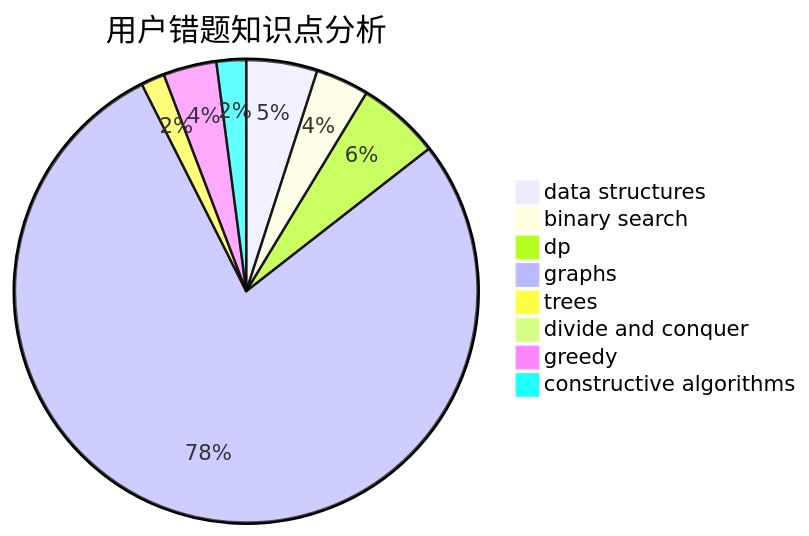
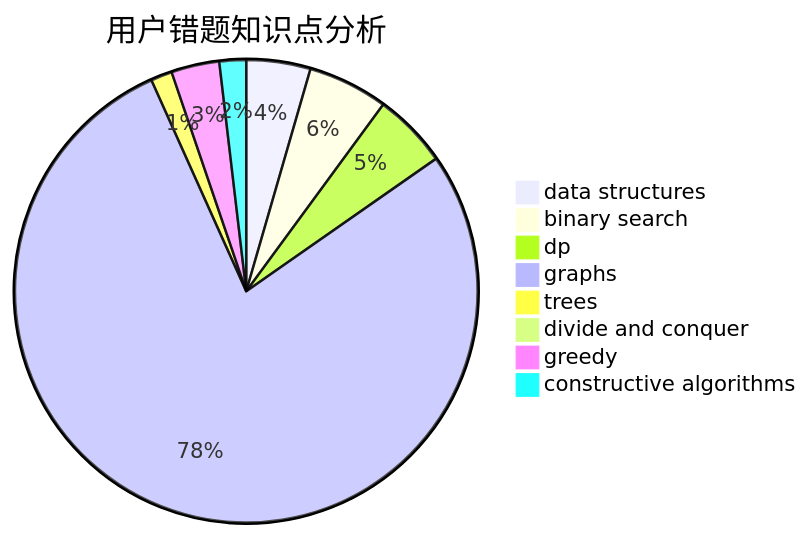
Before and after one commit to sherpahu/cfrs.github.io: the third of 3 diagrams in docs/user/u857.md, drawn with Mermaid. The commit also changed other lines of this file and 2770 other files, not shown here.

````diff
--- a/docs/user/u857.md
+++ b/docs/user/u857.md
@@ -36,11 +36,11 @@
 ```mermaid
 pie title 用户错题知识点分析
     "data structures" :  12
-    "binary search" :  9
+    "binary search" :  15
     "dp" :  14
-    "graphs" :  189
+    "graphs" :  209
     "trees" :  4
     "divide and conquer" :  0
     "greedy" :  9
     "constructive algorithms" :  5
 ```
````
